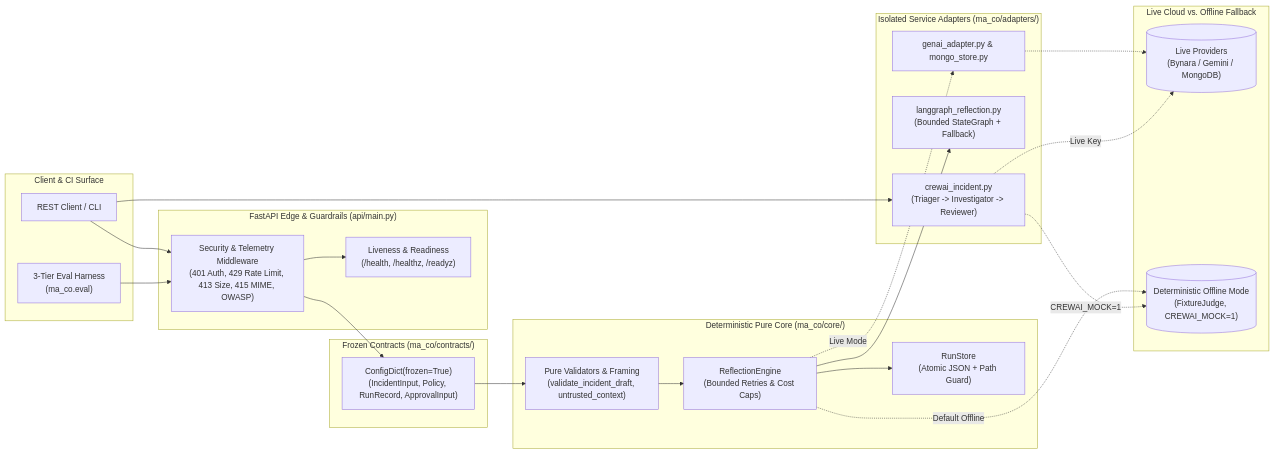
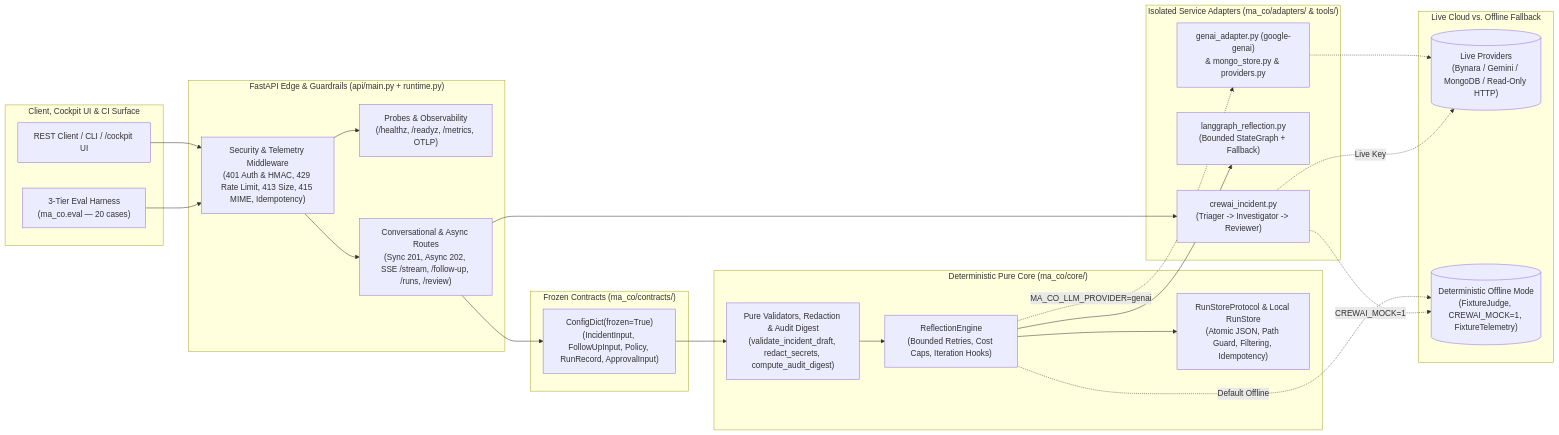
The first of 3 diagrams in README.md (AshraHossain/multi-agent-conversational-orchestration), drawn with Mermaid before and after one commit. The commit also changed other lines of this file and 40 other files, not shown here.

Commit message:
feat(v0.3.0): google-genai SDK, RuntimeBundle, SSE streaming, /cockpit UI, idempotency, async 202, HMAC replay guard, Prometheus/OTLP, 20-case eval, pip-audit, graphify

````diff
--- a/README.md
+++ b/README.md
@@ -17,43 +17,44 @@
 ```mermaid
 flowchart LR
-    subgraph Client["Client & CI Surface"]
-        U["REST Client / CLI"]
-        EV["3-Tier Eval Harness\n(ma_co.eval)"]
+    subgraph Client["Client, Cockpit UI & CI Surface"]
+        U["REST Client / CLI / /cockpit UI"]
+        EV["3-Tier Eval Harness\n(ma_co.eval — 20 cases)"]
     end
 
-    subgraph Edge["FastAPI Edge & Guardrails (api/main.py)"]
-        MW["Security & Telemetry Middleware\n(401 Auth, 429 Rate Limit, 413 Size, 415 MIME, OWASP)"]
-        PR["Liveness & Readiness\n(/health, /healthz, /readyz)"]
+    subgraph Edge["FastAPI Edge & Guardrails (api/main.py + runtime.py)"]
+        MW["Security & Telemetry Middleware\n(401 Auth & HMAC, 429 Rate Limit, 413 Size, 415 MIME, Idempotency)"]
+        PR["Probes & Observability\n(/healthz, /readyz, /metrics, OTLP)"]
+        RT["Conversational & Async Routes\n(Sync 201, Async 202, SSE /stream, /follow-up, /runs, /review)"]
     end
 
     subgraph Contracts["Frozen Contracts (ma_co/contracts/)"]
-        DTO["ConfigDict(frozen=True)\n(IncidentInput, Policy, RunRecord, ApprovalInput)"]
+        DTO["ConfigDict(frozen=True)\n(IncidentInput, FollowUpInput, Policy, RunRecord, ApprovalInput)"]
     end
 
     subgraph Core["Deterministic Pure Core (ma_co/core/)"]
-        VAL["Pure Validators & Framing\n(validate_incident_draft, untrusted_context)"]
-        ENG["ReflectionEngine\n(Bounded Retries & Cost Caps)"]
-        STR["RunStore\n(Atomic JSON + Path Guard)"]
+        VAL["Pure Validators, Redaction & Audit Digest\n(validate_incident_draft, redact_secrets, compute_audit_digest)"]
+        ENG["ReflectionEngine\n(Bounded Retries, Cost Caps, Iteration Hooks)"]
+        STR["RunStoreProtocol & Local RunStore\n(Atomic JSON, Path Guard, Filtering, Idempotency)"]
     end
 
-    subgraph Adapters["Isolated Service Adapters (ma_co/adapters/)"]
+    subgraph Adapters["Isolated Service Adapters (ma_co/adapters/ & tools/)"]
         CREW["crewai_incident.py\n(Triager -> Investigator -> Reviewer)"]
         LG["langgraph_reflection.py\n(Bounded StateGraph + Fallback)"]
-        GEN["genai_adapter.py & mongo_store.py"]
+        GEN["genai_adapter.py (google-genai)\n& mongo_store.py & providers.py"]
     end
 
     subgraph Backends["Live Cloud vs. Offline Fallback"]
-        LIVE[("Live Providers\n(Bynara / Gemini / MongoDB)")]
-        MOCK[("Deterministic Offline Mode\n(FixtureJudge, CREWAI_MOCK=1)")]
+        LIVE[("Live Providers\n(Bynara / Gemini / MongoDB / Read-Only HTTP)")]
+        MOCK[("Deterministic Offline Mode\n(FixtureJudge, CREWAI_MOCK=1, FixtureTelemetry)")]
     end
 
     U & EV --> MW
     MW --> PR
-    MW --> DTO --> VAL --> ENG --> STR
+    MW --> RT --> DTO --> VAL --> ENG --> STR
     ENG --> LG
-    U --> CREW
-    ENG -. "Live Mode" .-> GEN -.-> LIVE
+    RT --> CREW
+    ENG -. "MA_CO_LLM_PROVIDER=genai" .-> GEN -.-> LIVE
     CREW -. "Live Key" .-> LIVE
     ENG -. "Default Offline" .-> MOCK
     CREW -. "CREWAI_MOCK=1" .-> MOCK
 ```
````
